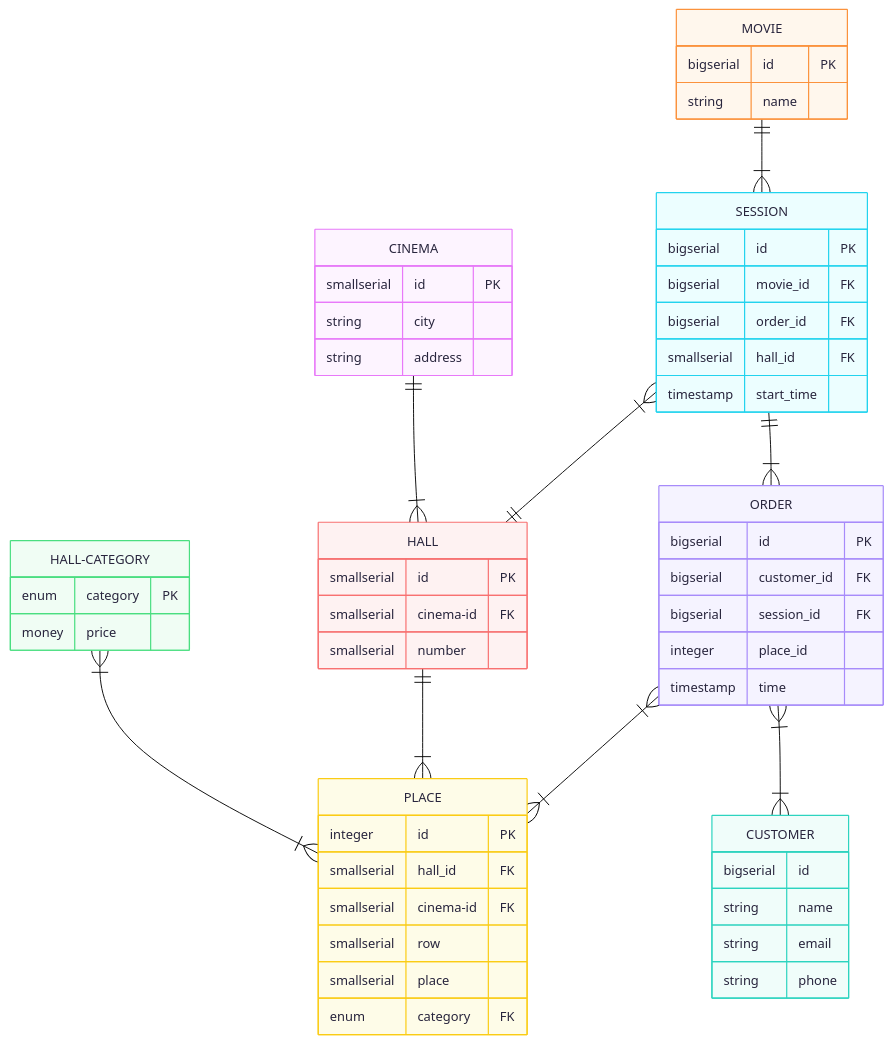
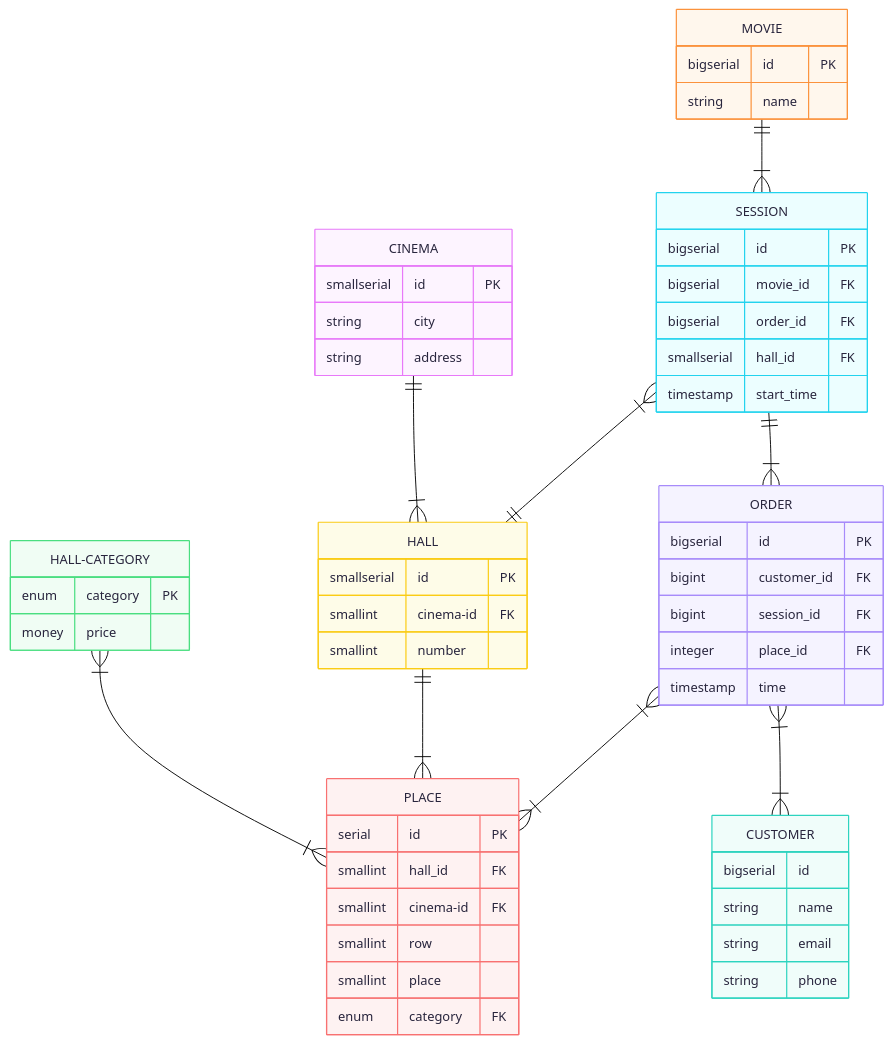
One commit to otusteamedu/PHP_2025 changed the diagram in cinema.mmd. Above: the diagram before and after it, drawn with Mermaid.

Commit message:
feat(database schema): Changed key data types in tables

```diff
--- a/cinema.mmd
+++ b/cinema.mmd
@@ -1,68 +1,68 @@
 ---
 config:
   theme: redux-color
 ---
 erDiagram
 	direction TB
 	CINEMA {
 		smallserial id PK ""
 		string city  ""
 		string address  ""
 	}
 
 	CUSTOMER {
 		bigserial id  ""
 		string name  ""
 		string email  ""
 		string phone  ""
 	}
 
 	MOVIE {
 		bigserial id PK ""
 		string name  ""
 	}
 
 	SESSION {
 		bigserial id PK ""
 		bigserial movie_id FK ""
 		bigserial order_id FK ""
 		smallserial hall_id FK ""
 		timestamp start_time  ""
 	}
 
 	HALL-CATEGORY {
 		enum category PK ""
 		money price  ""
 	}
 
 	ORDER {
 		bigserial id PK ""
-		bigserial customer_id FK ""
-		bigserial session_id FK ""
-		integer place_id  ""
+		bigint customer_id FK ""
+		bigint session_id FK ""
+		integer place_id FK ""
 		timestamp time  ""
+	}
+
+	PLACE {
+		serial id PK ""
+		smallint hall_id FK ""
+		smallint cinema-id FK ""
+		smallint row  ""
+		smallint place  ""
+		enum category FK ""
 	}
 
 	HALL {
 		smallserial id PK ""
-		smallserial cinema-id FK ""
-		smallserial number  ""
-	}
-
-	PLACE {
-		integer id PK ""
-		smallserial hall_id FK ""
-		smallserial cinema-id FK ""
-		smallserial row  ""
-		smallserial place  ""
-		enum category FK ""
+		smallint cinema-id FK ""
+		smallint number  ""
 	}
 
 	HALL-CATEGORY}|--|{PLACE:"  "
 	HALL||--|{PLACE:"  "
 	ORDER}|--|{CUSTOMER:"  "
 	SESSION||--|{ORDER:"  "
 	MOVIE||--|{SESSION:"  "
 	SESSION}|--||HALL:"  "
 	ORDER}|--|{PLACE:"  "
 	CINEMA||--|{HALL:"  "
```
